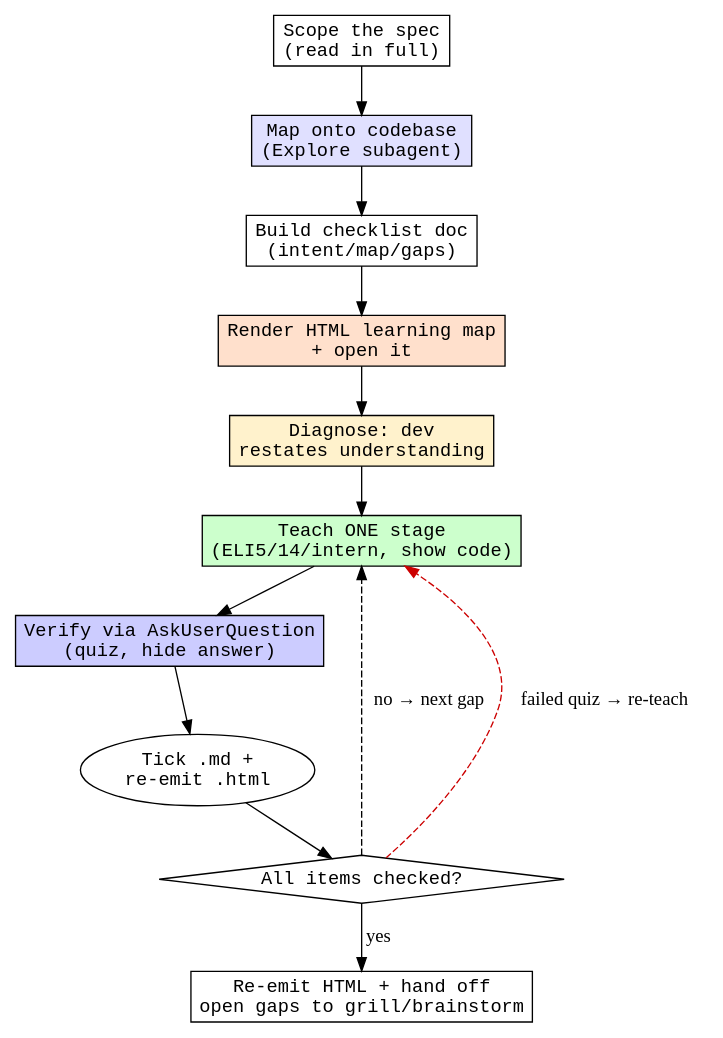
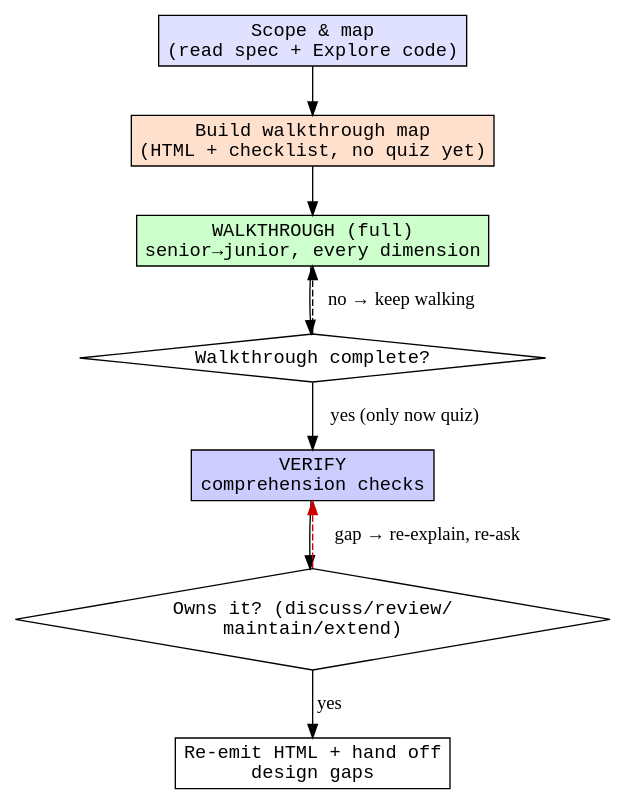
The diagram in skills/spec-walkthrough/SKILL.md (rakilabs/Skills), drawn with Graphviz before and after one commit. The commit also changed other lines of this file and 7 other files, not shown here.

First line of the commit message:
feat: add reviewing-code skill with 4 review subagents; realign spec-walkthrough

````diff
--- a/skills/spec-walkthrough/SKILL.md
+++ b/skills/spec-walkthrough/SKILL.md
@@ -42,22 +42,21 @@
 ```dot
 digraph spec_walkthrough {
   rankdir=TB;
   node [shape=box, fontname="monospace"];
 
-  Scope    [label="Scope the spec\n(read in full)"];
-  Map      [label="Map onto codebase\n(Explore subagent)", style=filled, fillcolor="#e0e0ff"];
-  Build    [label="Build checklist doc\n(intent/map/gaps)"];
-  Render   [label="Render HTML learning map\n+ open it", style=filled, fillcolor="#ffe0cc"];
-  Diagnose [label="Diagnose: dev\nrestates understanding", style=filled, fillcolor="#fff2cc"];
-  Teach    [label="Teach ONE stage\n(ELI5/14/intern, show code)", style=filled, fillcolor="#ccffcc"];
-  Verify   [label="Verify via AskUserQuestion\n(quiz, hide answer)", style=filled, fillcolor="#ccccff"];
-  Update   [label="Tick .md +\nre-emit .html", shape=ellipse];
-  Gate     [label="All items checked?", shape=diamond];
-  Close    [label="Re-emit HTML + hand off\nopen gaps to grill/brainstorm"];
+  Scope    [label="Scope & map\n(read spec + Explore code)", style=filled, fillcolor="#e0e0ff"];
+  Map      [label="Build walkthrough map\n(HTML + checklist, no quiz yet)", style=filled, fillcolor="#ffe0cc"];
+  Walk     [label="WALKTHROUGH (full)\nsenior→junior, every dimension", style=filled, fillcolor="#ccffcc"];
+  GateW    [label="Walkthrough complete?", shape=diamond];
+  Verify   [label="VERIFY\ncomprehension checks", style=filled, fillcolor="#ccccff"];
+  GateV    [label="Owns it? (discuss/review/\nmaintain/extend)", shape=diamond];
+  Close    [label="Re-emit HTML + hand off\ndesign gaps"];
 
-  Scope -> Map -> Build -> Render -> Diagnose -> Teach -> Verify -> Update -> Gate;
-  Gate -> Teach   [label="no → next gap", style=dashed];
-  Gate -> Teach   [label="failed quiz → re-teach", style=dashed, color="#cc0000"];
-  Gate -> Close   [label="yes"];
+  Scope -> Map -> Walk -> GateW;
+  GateW -> Walk   [label="no → keep walking", style=dashed];
+  GateW -> Verify [label="yes (only now quiz)"];
+  Verify -> GateV;
+  GateV -> Verify [label="gap → re-explain, re-ask", style=dashed, color="#cc0000"];
+  GateV -> Close  [label="yes"];
 }
 ```
````
